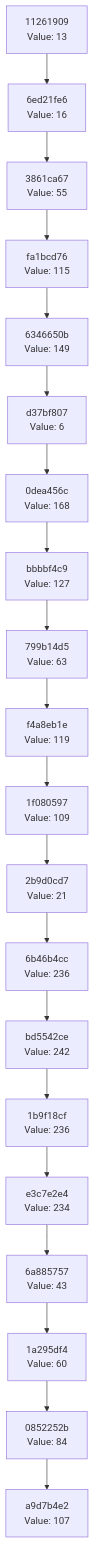
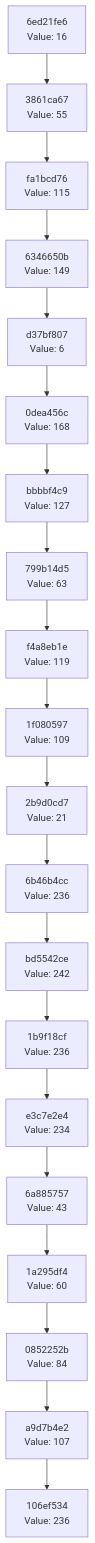
The diagram in docs/CHAIN_VISUALIZATION.md (Abhisheksinha1506/hash-chain-evolver), drawn with Mermaid before and after one commit. The commit also changed 3 other files, not shown here.

````diff
--- a/docs/CHAIN_VISUALIZATION.md
+++ b/docs/CHAIN_VISUALIZATION.md
@@ -3,42 +3,42 @@
 ```mermaid
 graph TD
-    C0["a9d7b4e2<br/>Value: 107"]
-    C1["0852252b<br/>Value: 84"]
+    C0["106ef534<br/>Value: 236"]
+    C1["a9d7b4e2<br/>Value: 107"]
     C1 --> C0
-    C2["1a295df4<br/>Value: 60"]
+    C2["0852252b<br/>Value: 84"]
     C2 --> C1
-    C3["6a885757<br/>Value: 43"]
+    C3["1a295df4<br/>Value: 60"]
     C3 --> C2
-    C4["e3c7e2e4<br/>Value: 234"]
+    C4["6a885757<br/>Value: 43"]
     C4 --> C3
-    C5["1b9f18cf<br/>Value: 236"]
+    C5["e3c7e2e4<br/>Value: 234"]
     C5 --> C4
-    C6["bd5542ce<br/>Value: 242"]
+    C6["1b9f18cf<br/>Value: 236"]
     C6 --> C5
-    C7["6b46b4cc<br/>Value: 236"]
+    C7["bd5542ce<br/>Value: 242"]
     C7 --> C6
-    C8["2b9d0cd7<br/>Value: 21"]
+    C8["6b46b4cc<br/>Value: 236"]
     C8 --> C7
-    C9["1f080597<br/>Value: 109"]
+    C9["2b9d0cd7<br/>Value: 21"]
     C9 --> C8
-    C10["f4a8eb1e<br/>Value: 119"]
+    C10["1f080597<br/>Value: 109"]
     C10 --> C9
-    C11["799b14d5<br/>Value: 63"]
+    C11["f4a8eb1e<br/>Value: 119"]
     C11 --> C10
-    C12["bbbbf4c9<br/>Value: 127"]
+    C12["799b14d5<br/>Value: 63"]
     C12 --> C11
-    C13["0dea456c<br/>Value: 168"]
+    C13["bbbbf4c9<br/>Value: 127"]
     C13 --> C12
-    C14["d37bf807<br/>Value: 6"]
+    C14["0dea456c<br/>Value: 168"]
     C14 --> C13
-    C15["6346650b<br/>Value: 149"]
+    C15["d37bf807<br/>Value: 6"]
     C15 --> C14
-    C16["fa1bcd76<br/>Value: 115"]
+    C16["6346650b<br/>Value: 149"]
     C16 --> C15
-    C17["3861ca67<br/>Value: 55"]
+    C17["fa1bcd76<br/>Value: 115"]
     C17 --> C16
-    C18["6ed21fe6<br/>Value: 16"]
+    C18["3861ca67<br/>Value: 55"]
     C18 --> C17
-    C19["11261909<br/>Value: 13"]
+    C19["6ed21fe6<br/>Value: 16"]
     C19 --> C18
 ```
````
